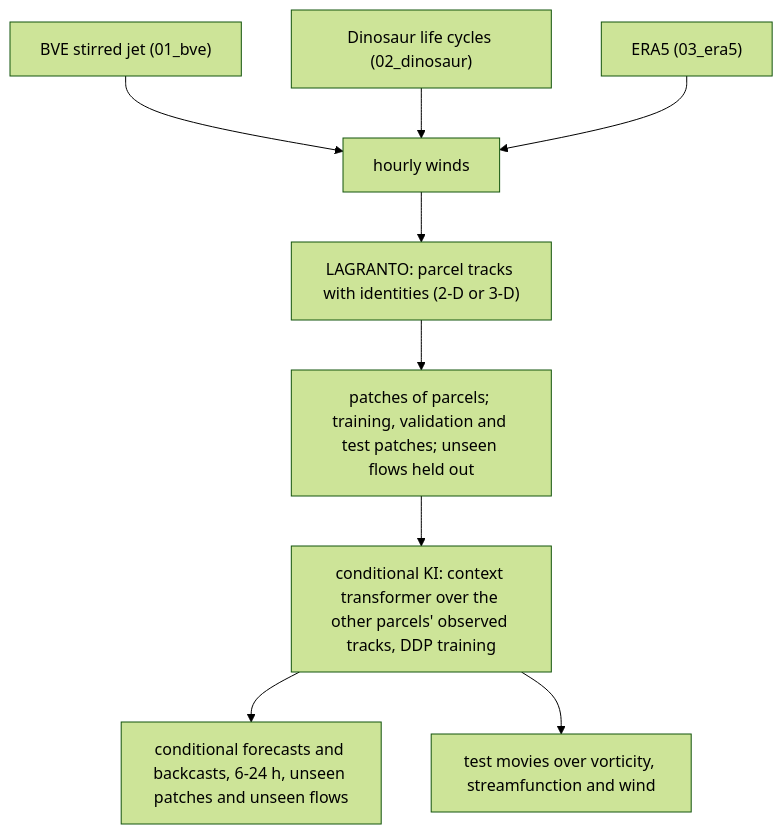
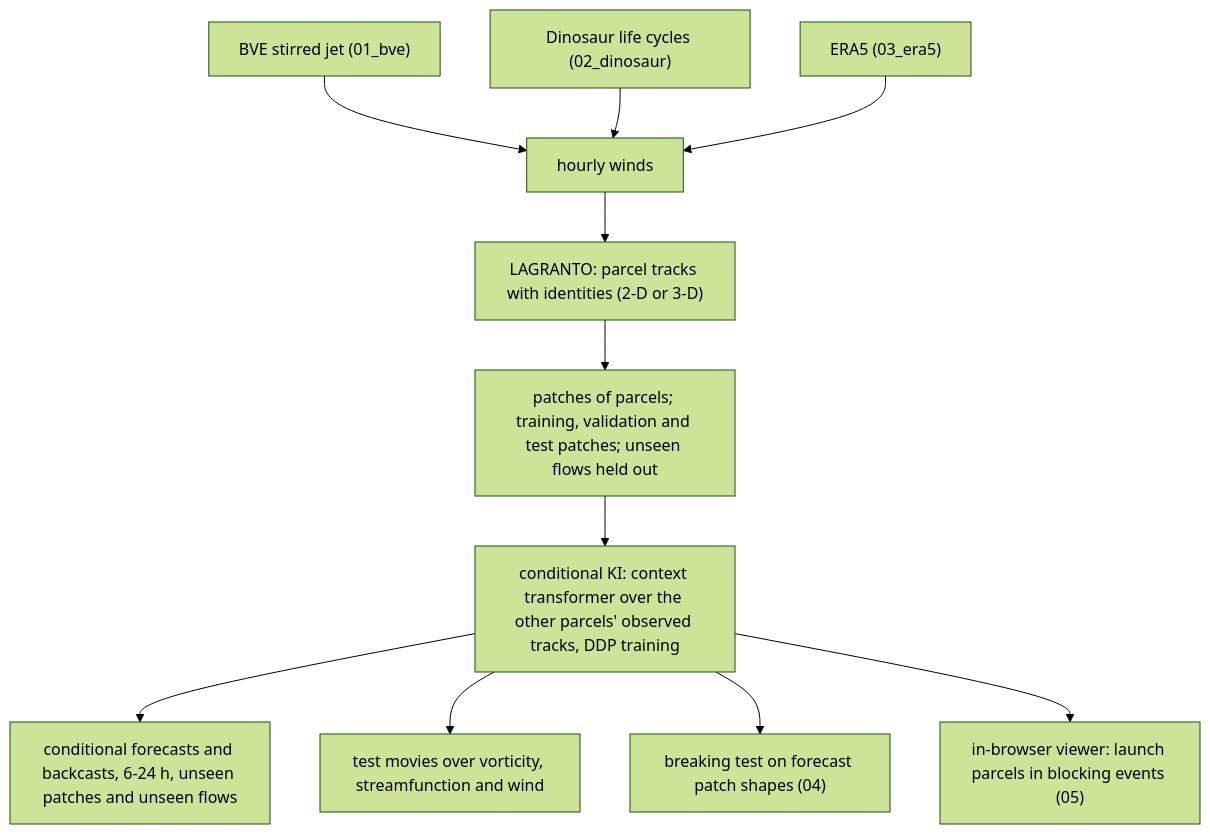
The diagram in README.md (yanxingjianken/ki-lagrangian-tracks), drawn with Mermaid (forest theme) before and after one commit. The commit also changed other lines of this file and 46 other files, not shown here.

Commit message:
04_rwb_forecast (breaking test on forecast patch shapes) and 05_blocking_viewer (track clouds of five blocking events, ONNX export, in-browser viewer page)

````diff
--- a/README.md
+++ b/README.md
@@ -18,11 +20,13 @@
 ```mermaid
 graph TD
     M1["BVE stirred jet (01_bve)"] --> W["hourly winds"]
     M2["Dinosaur life cycles (02_dinosaur)"] --> W
     M3["ERA5 (03_era5)"] --> W
     W --> L["LAGRANTO: parcel tracks with identities (2-D or 3-D)"]
     L --> S["patches of parcels; training, validation and test patches; unseen flows held out"]
     S --> K["conditional KI: context transformer over the other parcels' observed tracks, DDP training"]
     K --> F["conditional forecasts and backcasts, 6-24 h, unseen patches and unseen flows"]
     K --> V["test movies over vorticity, streamfunction and wind"]
+    K --> R["breaking test on forecast patch shapes (04)"]
+    K --> B["in-browser viewer: launch parcels in blocking events (05)"]
 ```
````
